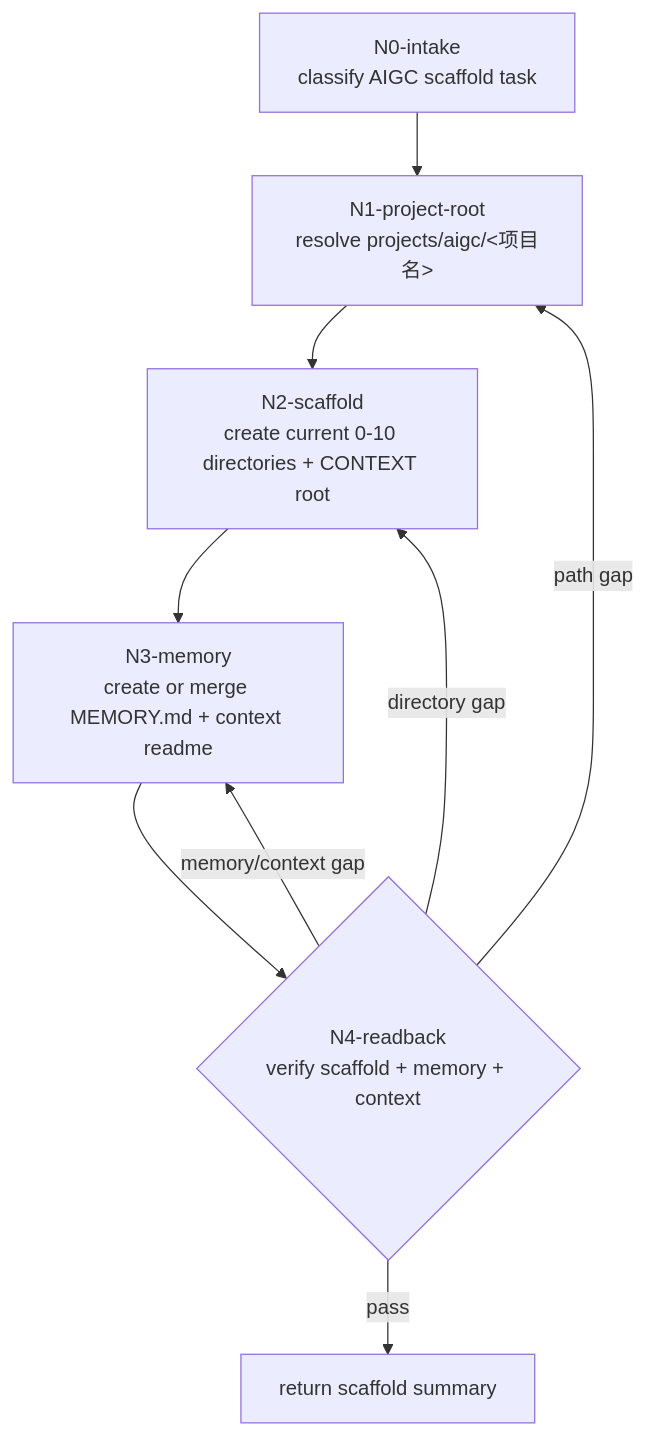
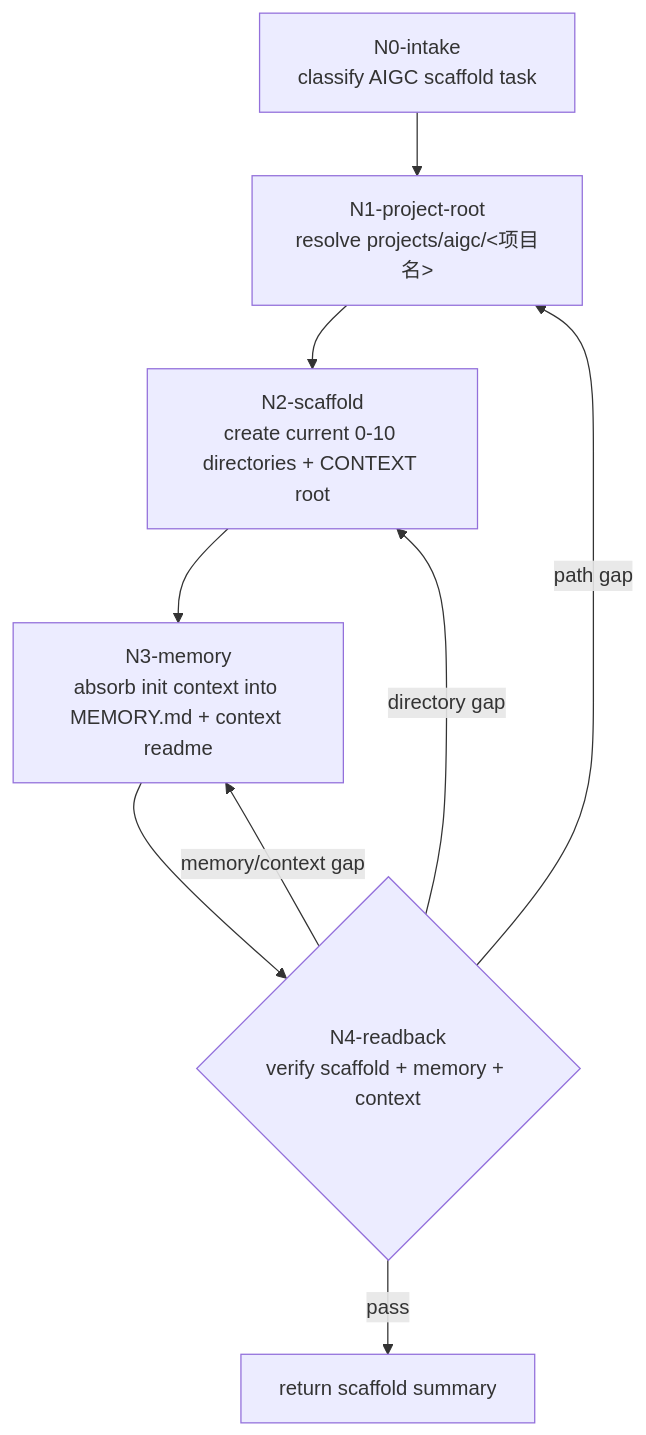
One commit to ZEN-VOID/AI-CUT changed the diagram in .agents/skills/aigc/0-初始化/steps/init-workflow.md. Above: the diagram before and after it, drawn with Mermaid. The commit also changed other lines of this file and 439 other files, not shown here.

````diff
--- a/.agents/skills/aigc/0-初始化/steps/init-workflow.md
+++ b/.agents/skills/aigc/0-初始化/steps/init-workflow.md
@@ -15,11 +15,11 @@
 ```mermaid
 flowchart TD
     N0["N0-intake<br/>classify AIGC scaffold task"] --> N1["N1-project-root<br/>resolve projects/aigc/<项目名>"]
     N1 --> N2["N2-scaffold<br/>create current 0-10 directories + CONTEXT root"]
-    N2 --> N3["N3-memory<br/>create or merge MEMORY.md + context readme"]
+    N2 --> N3["N3-memory<br/>absorb init context into MEMORY.md + context readme"]
     N3 --> N4{"N4-readback<br/>verify scaffold + memory + context"}
     N4 -->|"pass"| W["return scaffold summary"]
     N4 -->|"path gap"| N1
     N4 -->|"directory gap"| N2
     N4 -->|"memory/context gap"| N3
 ```
````
